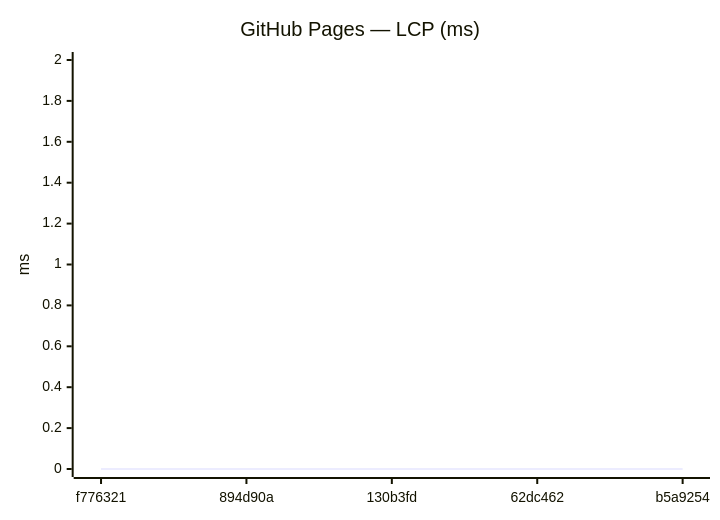
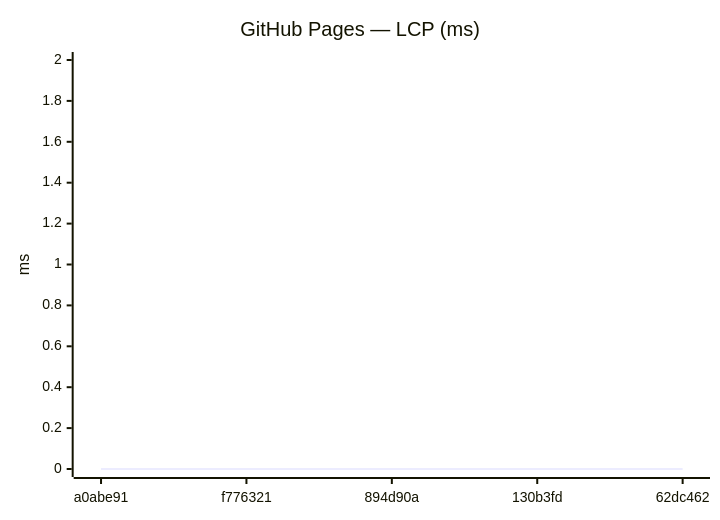
One commit to Metaheurist/Rianell changed the ninth of 18 diagrams in benchmarks/compare.md. Above: the diagram before and after it, drawn with Mermaid. The commit also changed other lines of this file and 11 other files, not shown here.

````diff
--- a/benchmarks/compare.md
+++ b/benchmarks/compare.md
@@ -142,7 +142,7 @@
 ```mermaid
 xychart-beta
     title "GitHub Pages — LCP (ms)"
-    x-axis ["f776321", "894d90a", "130b3fd", "62dc462", "b5a9254"]
+    x-axis ["a0abe91", "f776321", "894d90a", "130b3fd", "62dc462"]
     y-axis "ms" 0 --> 2
     line [0, 0, 0, 0, 0]
 ```
````
